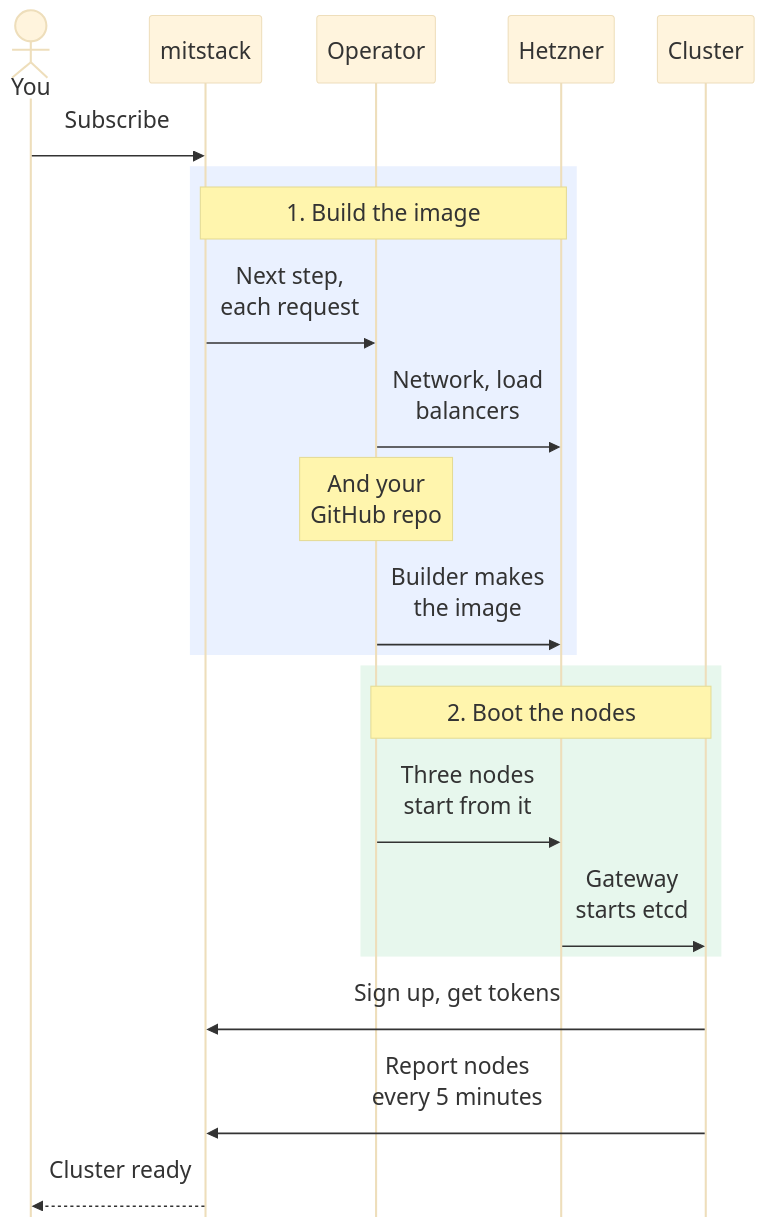
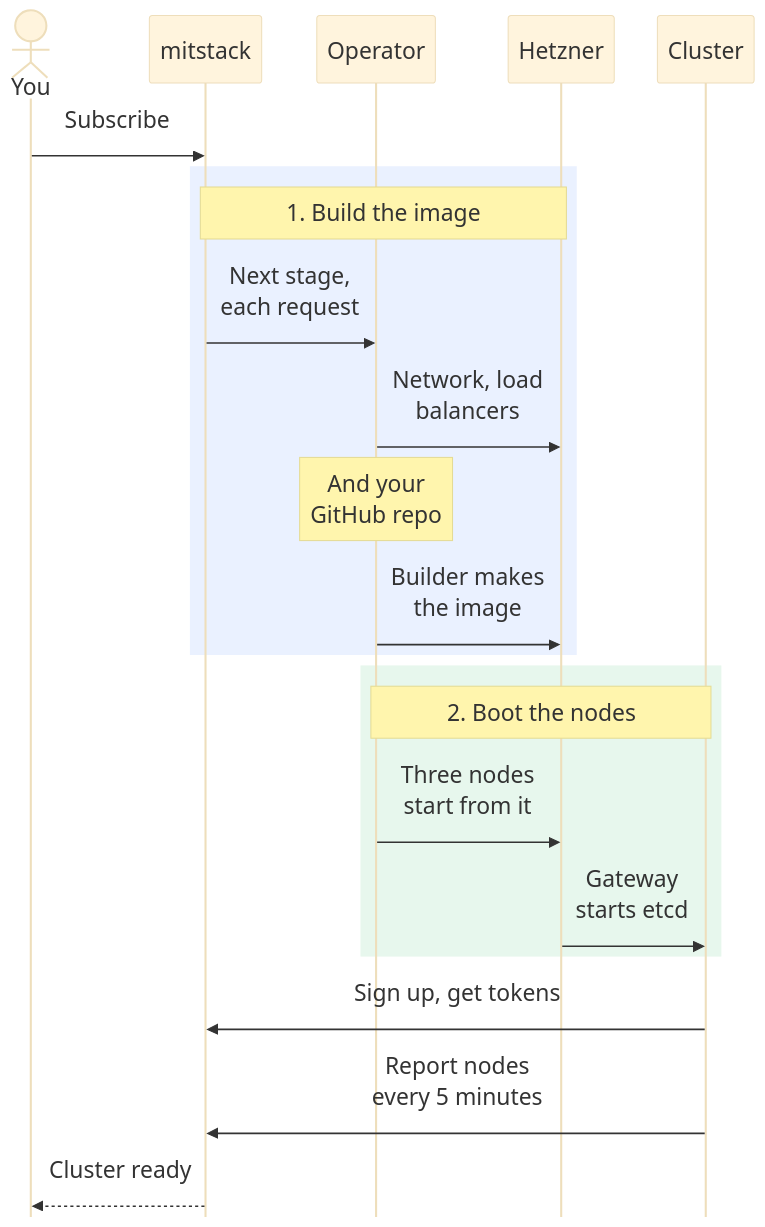
One commit to mitstack-eu/hcloud-hrobot-talos-cluster changed the second of 2 diagrams in README.md. Above: the diagram before and after it, drawn with Mermaid (base theme). The commit also changed other lines of this file and 31 other files, not shown here.

````diff
--- a/README.md
+++ b/README.md
@@ -63,25 +73,25 @@
 ```mermaid
 sequenceDiagram
     %%{init: {"fontSize": 22, "sequence": {"actorMargin": 10, "width": 90, "mirrorActors": false}}}%%
     actor You
     participant M as mitstack
     participant O as Operator
     participant H as Hetzner
     participant C as Cluster
     You->>M: Subscribe
     rect rgba(80, 140, 255, 0.12)
         Note over M,H: 1. Build the image
-        M->>O: Next step,<br/>each request
+        M->>O: Next stage,<br/>each request
         O->>H: Network, load<br/>balancers
         Note over O: And your<br/>GitHub repo
         O->>H: Builder makes<br/>the image
     end
     rect rgba(60, 190, 110, 0.12)
         Note over O,C: 2. Boot the nodes
         O->>H: Three nodes<br/>start from it
         H->>C: Gateway<br/>starts etcd
     end
     C->>M: Sign up, get tokens
     C->>M: Report nodes<br/>every 5 minutes
     M-->>You: Cluster ready
 ```
````
